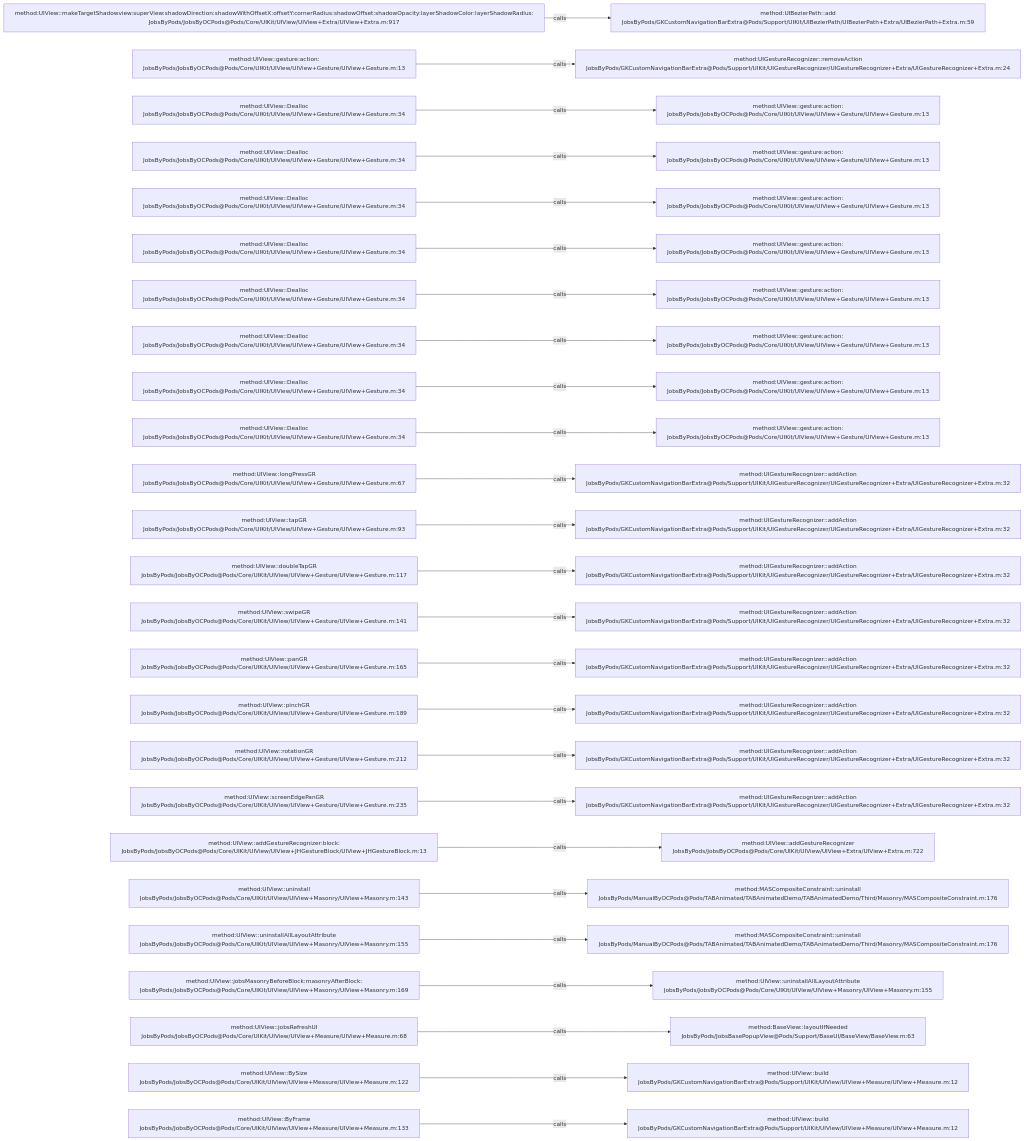
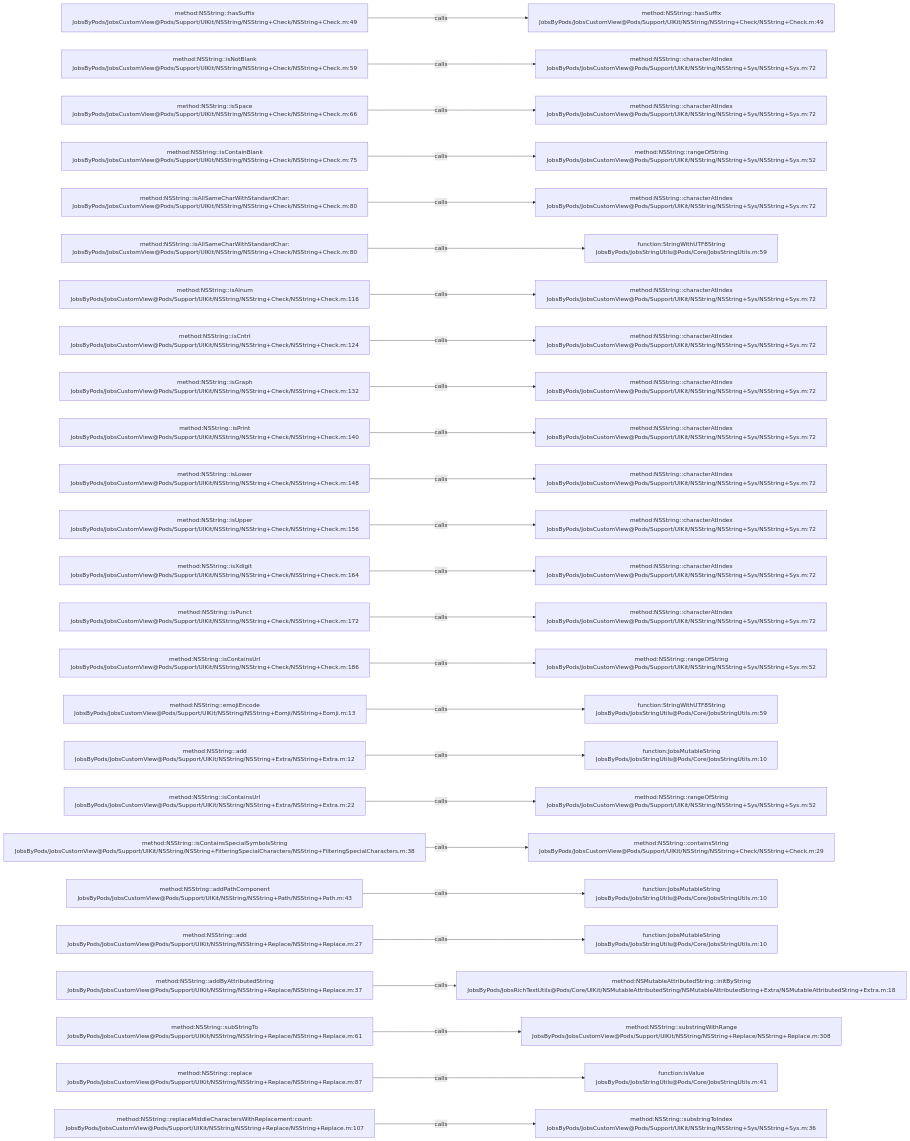
Before and after one commit to JobsKits/JobsOCBaseConfigDemo: the diagram in .codegraph/codegraph.md/graphs/calls-085.md, drawn with Mermaid. The commit also changed 1026 other files, not shown here.

````diff
--- a/.codegraph/codegraph.md/graphs/calls-085.md
+++ b/.codegraph/codegraph.md/graphs/calls-085.md
@@ -13,78 +13,78 @@
 ```mermaid
 flowchart LR
-  S1["method:UIView::makeTargetShadowview:superView:shadowDirection:shadowWithOffsetX:offsetY:cornerRadius:shadowOffset:shadowOpacity:layerShadowColor:layerShadowRadius:<br/>JobsByPods/JobsByOCPods@Pods/Core/UIKit/UIView/UIView+Extra/UIView+Extra.m:917"]
-  T1["method:UIBezierPath::add<br/>JobsByPods/GKCustomNavigationBarExtra@Pods/Support/UIKit/UIBezierPath/UIBezierPath+Extra/UIBezierPath+Extra.m:59"]
+  S1["method:NSString::hasSuffix<br/>JobsByPods/JobsCustomView@Pods/Support/UIKit/NSString/NSString+Check/NSString+Check.m:49"]
+  T1["method:NSString::hasSuffix<br/>JobsByPods/JobsCustomView@Pods/Support/UIKit/NSString/NSString+Check/NSString+Check.m:49"]
   S1 -->|calls| T1
-  S2["method:UIView::gesture:action:<br/>JobsByPods/JobsByOCPods@Pods/Core/UIKit/UIView/UIView+Gesture/UIView+Gesture.m:13"]
-  T2["method:UIGestureRecognizer::removeAction<br/>JobsByPods/GKCustomNavigationBarExtra@Pods/Support/UIKit/UIGestureRecognizer/UIGestureRecognizer+Extra/UIGestureRecognizer+Extra.m:24"]
+  S2["method:NSString::isNotBlank<br/>JobsByPods/JobsCustomView@Pods/Support/UIKit/NSString/NSString+Check/NSString+Check.m:59"]
+  T2["method:NSString::characterAtIndex<br/>JobsByPods/JobsCustomView@Pods/Support/UIKit/NSString/NSString+Sys/NSString+Sys.m:72"]
   S2 -->|calls| T2
-  S3["method:UIView::Dealloc<br/>JobsByPods/JobsByOCPods@Pods/Core/UIKit/UIView/UIView+Gesture/UIView+Gesture.m:34"]
-  T3["method:UIView::gesture:action:<br/>JobsByPods/JobsByOCPods@Pods/Core/UIKit/UIView/UIView+Gesture/UIView+Gesture.m:13"]
+  S3["method:NSString::isSpace<br/>JobsByPods/JobsCustomView@Pods/Support/UIKit/NSString/NSString+Check/NSString+Check.m:66"]
+  T3["method:NSString::characterAtIndex<br/>JobsByPods/JobsCustomView@Pods/Support/UIKit/NSString/NSString+Sys/NSString+Sys.m:72"]
   S3 -->|calls| T3
-  S4["method:UIView::Dealloc<br/>JobsByPods/JobsByOCPods@Pods/Core/UIKit/UIView/UIView+Gesture/UIView+Gesture.m:34"]
-  T4["method:UIView::gesture:action:<br/>JobsByPods/JobsByOCPods@Pods/Core/UIKit/UIView/UIView+Gesture/UIView+Gesture.m:13"]
+  S4["method:NSString::isContainBlank<br/>JobsByPods/JobsCustomView@Pods/Support/UIKit/NSString/NSString+Check/NSString+Check.m:75"]
+  T4["method:NSString::rangeOfString<br/>JobsByPods/JobsCustomView@Pods/Support/UIKit/NSString/NSString+Sys/NSString+Sys.m:52"]
   S4 -->|calls| T4
-  S5["method:UIView::Dealloc<br/>JobsByPods/JobsByOCPods@Pods/Core/UIKit/UIView/UIView+Gesture/UIView+Gesture.m:34"]
-  T5["method:UIView::gesture:action:<br/>JobsByPods/JobsByOCPods@Pods/Core/UIKit/UIView/UIView+Gesture/UIView+Gesture.m:13"]
+  S5["method:NSString::isAllSameCharWithStandardChar:<br/>JobsByPods/JobsCustomView@Pods/Support/UIKit/NSString/NSString+Check/NSString+Check.m:80"]
+  T5["method:NSString::characterAtIndex<br/>JobsByPods/JobsCustomView@Pods/Support/UIKit/NSString/NSString+Sys/NSString+Sys.m:72"]
   S5 -->|calls| T5
-  S6["method:UIView::Dealloc<br/>JobsByPods/JobsByOCPods@Pods/Core/UIKit/UIView/UIView+Gesture/UIView+Gesture.m:34"]
-  T6["method:UIView::gesture:action:<br/>JobsByPods/JobsByOCPods@Pods/Core/UIKit/UIView/UIView+Gesture/UIView+Gesture.m:13"]
+  S6["method:NSString::isAllSameCharWithStandardChar:<br/>JobsByPods/JobsCustomView@Pods/Support/UIKit/NSString/NSString+Check/NSString+Check.m:80"]
+  T6["function:StringWithUTF8String<br/>JobsByPods/JobsStringUtils@Pods/Core/JobsStringUtils.m:59"]
   S6 -->|calls| T6
-  S7["method:UIView::Dealloc<br/>JobsByPods/JobsByOCPods@Pods/Core/UIKit/UIView/UIView+Gesture/UIView+Gesture.m:34"]
-  T7["method:UIView::gesture:action:<br/>JobsByPods/JobsByOCPods@Pods/Core/UIKit/UIView/UIView+Gesture/UIView+Gesture.m:13"]
+  S7["method:NSString::isAlnum<br/>JobsByPods/JobsCustomView@Pods/Support/UIKit/NSString/NSString+Check/NSString+Check.m:116"]
+  T7["method:NSString::characterAtIndex<br/>JobsByPods/JobsCustomView@Pods/Support/UIKit/NSString/NSString+Sys/NSString+Sys.m:72"]
   S7 -->|calls| T7
-  S8["method:UIView::Dealloc<br/>JobsByPods/JobsByOCPods@Pods/Core/UIKit/UIView/UIView+Gesture/UIView+Gesture.m:34"]
-  T8["method:UIView::gesture:action:<br/>JobsByPods/JobsByOCPods@Pods/Core/UIKit/UIView/UIView+Gesture/UIView+Gesture.m:13"]
+  S8["method:NSString::isCntrl<br/>JobsByPods/JobsCustomView@Pods/Support/UIKit/NSString/NSString+Check/NSString+Check.m:124"]
+  T8["method:NSString::characterAtIndex<br/>JobsByPods/JobsCustomView@Pods/Support/UIKit/NSString/NSString+Sys/NSString+Sys.m:72"]
   S8 -->|calls| T8
-  S9["method:UIView::Dealloc<br/>JobsByPods/JobsByOCPods@Pods/Core/UIKit/UIView/UIView+Gesture/UIView+Gesture.m:34"]
-  T9["method:UIView::gesture:action:<br/>JobsByPods/JobsByOCPods@Pods/Core/UIKit/UIView/UIView+Gesture/UIView+Gesture.m:13"]
+  S9["method:NSString::isGraph<br/>JobsByPods/JobsCustomView@Pods/Support/UIKit/NSString/NSString+Check/NSString+Check.m:132"]
+  T9["method:NSString::characterAtIndex<br/>JobsByPods/JobsCustomView@Pods/Support/UIKit/NSString/NSString+Sys/NSString+Sys.m:72"]
   S9 -->|calls| T9
-  S10["method:UIView::Dealloc<br/>JobsByPods/JobsByOCPods@Pods/Core/UIKit/UIView/UIView+Gesture/UIView+Gesture.m:34"]
-  T10["method:UIView::gesture:action:<br/>JobsByPods/JobsByOCPods@Pods/Core/UIKit/UIView/UIView+Gesture/UIView+Gesture.m:13"]
+  S10["method:NSString::isPrint<br/>JobsByPods/JobsCustomView@Pods/Support/UIKit/NSString/NSString+Check/NSString+Check.m:140"]
+  T10["method:NSString::characterAtIndex<br/>JobsByPods/JobsCustomView@Pods/Support/UIKit/NSString/NSString+Sys/NSString+Sys.m:72"]
   S10 -->|calls| T10
-  S11["method:UIView::longPressGR<br/>JobsByPods/JobsByOCPods@Pods/Core/UIKit/UIView/UIView+Gesture/UIView+Gesture.m:67"]
-  T11["method:UIGestureRecognizer::addAction<br/>JobsByPods/GKCustomNavigationBarExtra@Pods/Support/UIKit/UIGestureRecognizer/UIGestureRecognizer+Extra/UIGestureRecognizer+Extra.m:32"]
+  S11["method:NSString::isLower<br/>JobsByPods/JobsCustomView@Pods/Support/UIKit/NSString/NSString+Check/NSString+Check.m:148"]
+  T11["method:NSString::characterAtIndex<br/>JobsByPods/JobsCustomView@Pods/Support/UIKit/NSString/NSString+Sys/NSString+Sys.m:72"]
   S11 -->|calls| T11
-  S12["method:UIView::tapGR<br/>JobsByPods/JobsByOCPods@Pods/Core/UIKit/UIView/UIView+Gesture/UIView+Gesture.m:93"]
-  T12["method:UIGestureRecognizer::addAction<br/>JobsByPods/GKCustomNavigationBarExtra@Pods/Support/UIKit/UIGestureRecognizer/UIGestureRecognizer+Extra/UIGestureRecognizer+Extra.m:32"]
+  S12["method:NSString::isUpper<br/>JobsByPods/JobsCustomView@Pods/Support/UIKit/NSString/NSString+Check/NSString+Check.m:156"]
+  T12["method:NSString::characterAtIndex<br/>JobsByPods/JobsCustomView@Pods/Support/UIKit/NSString/NSString+Sys/NSString+Sys.m:72"]
   S12 -->|calls| T12
-  S13["method:UIView::doubleTapGR<br/>JobsByPods/JobsByOCPods@Pods/Core/UIKit/UIView/UIView+Gesture/UIView+Gesture.m:117"]
-  T13["method:UIGestureRecognizer::addAction<br/>JobsByPods/GKCustomNavigationBarExtra@Pods/Support/UIKit/UIGestureRecognizer/UIGestureRecognizer+Extra/UIGestureRecognizer+Extra.m:32"]
+  S13["method:NSString::isXdigit<br/>JobsByPods/JobsCustomView@Pods/Support/UIKit/NSString/NSString+Check/NSString+Check.m:164"]
+  T13["method:NSString::characterAtIndex<br/>JobsByPods/JobsCustomView@Pods/Support/UIKit/NSString/NSString+Sys/NSString+Sys.m:72"]
   S13 -->|calls| T13
-  S14["method:UIView::swipeGR<br/>JobsByPods/JobsByOCPods@Pods/Core/UIKit/UIView/UIView+Gesture/UIView+Gesture.m:141"]
-  T14["method:UIGestureRecognizer::addAction<br/>JobsByPods/GKCustomNavigationBarExtra@Pods/Support/UIKit/UIGestureRecognizer/UIGestureRecognizer+Extra/UIGestureRecognizer+Extra.m:32"]
+  S14["method:NSString::isPunct<br/>JobsByPods/JobsCustomView@Pods/Support/UIKit/NSString/NSString+Check/NSString+Check.m:172"]
+  T14["method:NSString::characterAtIndex<br/>JobsByPods/JobsCustomView@Pods/Support/UIKit/NSString/NSString+Sys/NSString+Sys.m:72"]
   S14 -->|calls| T14
-  S15["method:UIView::panGR<br/>JobsByPods/JobsByOCPods@Pods/Core/UIKit/UIView/UIView+Gesture/UIView+Gesture.m:165"]
-  T15["method:UIGestureRecognizer::addAction<br/>JobsByPods/GKCustomNavigationBarExtra@Pods/Support/UIKit/UIGestureRecognizer/UIGestureRecognizer+Extra/UIGestureRecognizer+Extra.m:32"]
+  S15["method:NSString::isContainsUrl<br/>JobsByPods/JobsCustomView@Pods/Support/UIKit/NSString/NSString+Check/NSString+Check.m:186"]
+  T15["method:NSString::rangeOfString<br/>JobsByPods/JobsCustomView@Pods/Support/UIKit/NSString/NSString+Sys/NSString+Sys.m:52"]
   S15 -->|calls| T15
-  S16["method:UIView::pinchGR<br/>JobsByPods/JobsByOCPods@Pods/Core/UIKit/UIView/UIView+Gesture/UIView+Gesture.m:189"]
-  T16["method:UIGestureRecognizer::addAction<br/>JobsByPods/GKCustomNavigationBarExtra@Pods/Support/UIKit/UIGestureRecognizer/UIGestureRecognizer+Extra/UIGestureRecognizer+Extra.m:32"]
+  S16["method:NSString::emojiEncode<br/>JobsByPods/JobsCustomView@Pods/Support/UIKit/NSString/NSString+Eomji/NSString+Eomji.m:13"]
+  T16["function:StringWithUTF8String<br/>JobsByPods/JobsStringUtils@Pods/Core/JobsStringUtils.m:59"]
   S16 -->|calls| T16
-  S17["method:UIView::rotationGR<br/>JobsByPods/JobsByOCPods@Pods/Core/UIKit/UIView/UIView+Gesture/UIView+Gesture.m:212"]
-  T17["method:UIGestureRecognizer::addAction<br/>JobsByPods/GKCustomNavigationBarExtra@Pods/Support/UIKit/UIGestureRecognizer/UIGestureRecognizer+Extra/UIGestureRecognizer+Extra.m:32"]
+  S17["method:NSString::add<br/>JobsByPods/JobsCustomView@Pods/Support/UIKit/NSString/NSString+Extra/NSString+Extra.m:12"]
+  T17["function:JobsMutableString<br/>JobsByPods/JobsStringUtils@Pods/Core/JobsStringUtils.m:10"]
   S17 -->|calls| T17
-  S18["method:UIView::screenEdgePanGR<br/>JobsByPods/JobsByOCPods@Pods/Core/UIKit/UIView/UIView+Gesture/UIView+Gesture.m:235"]
-  T18["method:UIGestureRecognizer::addAction<br/>JobsByPods/GKCustomNavigationBarExtra@Pods/Support/UIKit/UIGestureRecognizer/UIGestureRecognizer+Extra/UIGestureRecognizer+Extra.m:32"]
+  S18["method:NSString::isContainsUrl<br/>JobsByPods/JobsCustomView@Pods/Support/UIKit/NSString/NSString+Extra/NSString+Extra.m:22"]
+  T18["method:NSString::rangeOfString<br/>JobsByPods/JobsCustomView@Pods/Support/UIKit/NSString/NSString+Sys/NSString+Sys.m:52"]
   S18 -->|calls| T18
-  S19["method:UIView::addGestureRecognizer:block:<br/>JobsByPods/JobsByOCPods@Pods/Core/UIKit/UIView/UIView+JHGestureBlock/UIView+JHGestureBlock.m:13"]
-  T19["method:UIView::addGestureRecognizer<br/>JobsByPods/JobsByOCPods@Pods/Core/UIKit/UIView/UIView+Extra/UIView+Extra.m:722"]
+  S19["method:NSString::isContainsSpecialSymbolsString<br/>JobsByPods/JobsCustomView@Pods/Support/UIKit/NSString/NSString+FilteringSpecialCharacters/NSString+FilteringSpecialCharacters.m:38"]
+  T19["method:NSString::containsString<br/>JobsByPods/JobsCustomView@Pods/Support/UIKit/NSString/NSString+Check/NSString+Check.m:29"]
   S19 -->|calls| T19
-  S20["method:UIView::uninstall<br/>JobsByPods/JobsByOCPods@Pods/Core/UIKit/UIView/UIView+Masonry/UIView+Masonry.m:143"]
-  T20["method:MASCompositeConstraint::uninstall<br/>JobsByPods/ManualByOCPods@Pods/TABAnimated/TABAnimatedDemo/TABAnimatedDemo/Third/Masonry/MASCompositeConstraint.m:176"]
+  S20["method:NSString::addPathComponent<br/>JobsByPods/JobsCustomView@Pods/Support/UIKit/NSString/NSString+Path/NSString+Path.m:43"]
+  T20["function:JobsMutableString<br/>JobsByPods/JobsStringUtils@Pods/Core/JobsStringUtils.m:10"]
   S20 -->|calls| T20
-  S21["method:UIView::uninstallAllLayoutAttribute<br/>JobsByPods/JobsByOCPods@Pods/Core/UIKit/UIView/UIView+Masonry/UIView+Masonry.m:155"]
-  T21["method:MASCompositeConstraint::uninstall<br/>JobsByPods/ManualByOCPods@Pods/TABAnimated/TABAnimatedDemo/TABAnimatedDemo/Third/Masonry/MASCompositeConstraint.m:176"]
+  S21["method:NSString::add<br/>JobsByPods/JobsCustomView@Pods/Support/UIKit/NSString/NSString+Replace/NSString+Replace.m:27"]
+  T21["function:JobsMutableString<br/>JobsByPods/JobsStringUtils@Pods/Core/JobsStringUtils.m:10"]
   S21 -->|calls| T21
-  S22["method:UIView::jobsMasonryBeforeBlock:masonryAfterBlock:<br/>JobsByPods/JobsByOCPods@Pods/Core/UIKit/UIView/UIView+Masonry/UIView+Masonry.m:169"]
-  T22["method:UIView::uninstallAllLayoutAttribute<br/>JobsByPods/JobsByOCPods@Pods/Core/UIKit/UIView/UIView+Masonry/UIView+Masonry.m:155"]
+  S22["method:NSString::addByAttributedString<br/>JobsByPods/JobsCustomView@Pods/Support/UIKit/NSString/NSString+Replace/NSString+Replace.m:37"]
+  T22["method:NSMutableAttributedString::initByString<br/>JobsByPods/JobsRichTextUtils@Pods/Core/UIKit/NSMutableAttributedString/NSMutableAttributedString+Extra/NSMutableAttributedString+Extra.m:18"]
   S22 -->|calls| T22
-  S23["method:UIView::jobsRefreshUI<br/>JobsByPods/JobsByOCPods@Pods/Core/UIKit/UIView/UIView+Measure/UIView+Measure.m:68"]
-  T23["method:BaseView::layoutIfNeeded<br/>JobsByPods/JobsBasePopupView@Pods/Support/BaseUI/BaseView/BaseView.m:63"]
+  S23["method:NSString::subStringTo<br/>JobsByPods/JobsCustomView@Pods/Support/UIKit/NSString/NSString+Replace/NSString+Replace.m:61"]
+  T23["method:NSString::substringWithRange<br/>JobsByPods/JobsCustomView@Pods/Support/UIKit/NSString/NSString+Replace/NSString+Replace.m:308"]
   S23 -->|calls| T23
-  S24["method:UIView::BySize<br/>JobsByPods/JobsByOCPods@Pods/Core/UIKit/UIView/UIView+Measure/UIView+Measure.m:122"]
-  T24["method:UIView::build<br/>JobsByPods/GKCustomNavigationBarExtra@Pods/Support/UIKit/UIView/UIView+Measure/UIView+Measure.m:12"]
+  S24["method:NSString::replace<br/>JobsByPods/JobsCustomView@Pods/Support/UIKit/NSString/NSString+Replace/NSString+Replace.m:87"]
+  T24["function:isValue<br/>JobsByPods/JobsStringUtils@Pods/Core/JobsStringUtils.m:41"]
   S24 -->|calls| T24
-  S25["method:UIView::ByFrame<br/>JobsByPods/JobsByOCPods@Pods/Core/UIKit/UIView/UIView+Measure/UIView+Measure.m:133"]
-  T25["method:UIView::build<br/>JobsByPods/GKCustomNavigationBarExtra@Pods/Support/UIKit/UIView/UIView+Measure/UIView+Measure.m:12"]
+  S25["method:NSString::replaceMiddleCharactersWithReplacement:count:<br/>JobsByPods/JobsCustomView@Pods/Support/UIKit/NSString/NSString+Replace/NSString+Replace.m:107"]
+  T25["method:NSString::substringToIndex<br/>JobsByPods/JobsCustomView@Pods/Support/UIKit/NSString/NSString+Sys/NSString+Sys.m:36"]
   S25 -->|calls| T25
 ```
````
